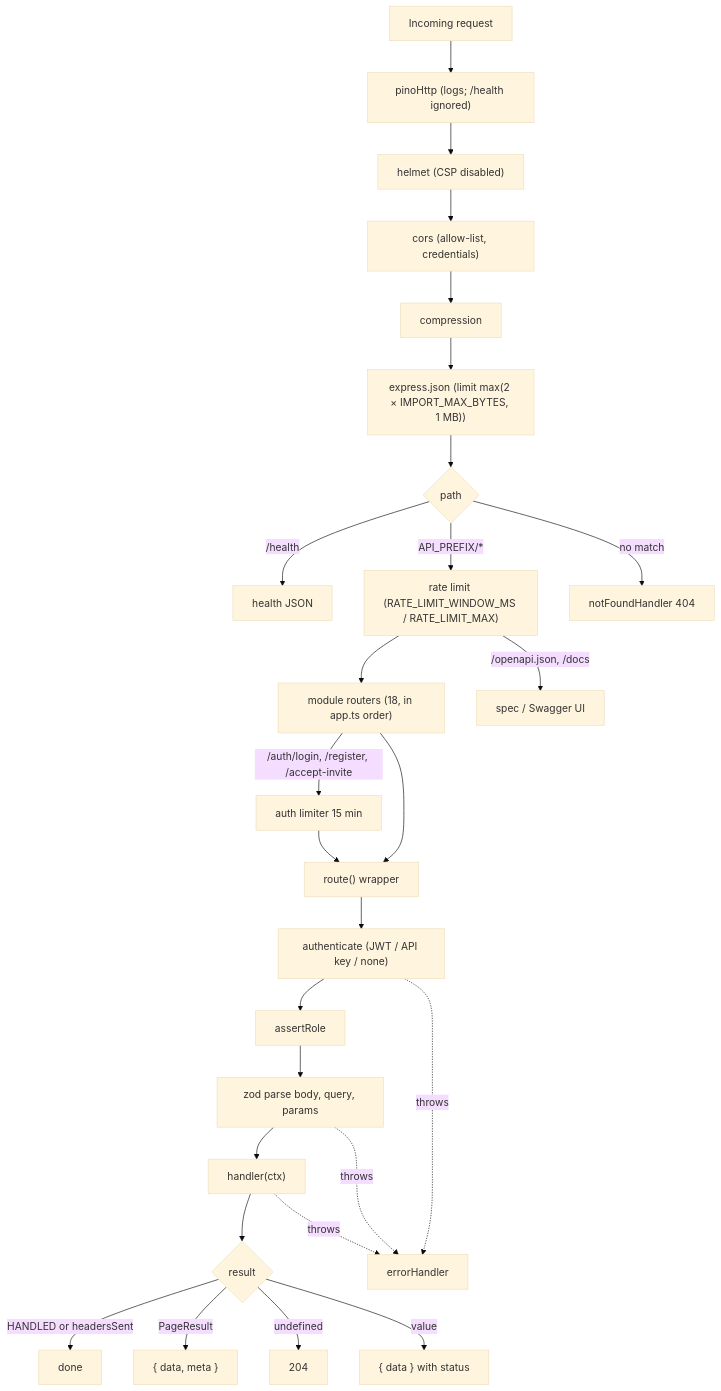
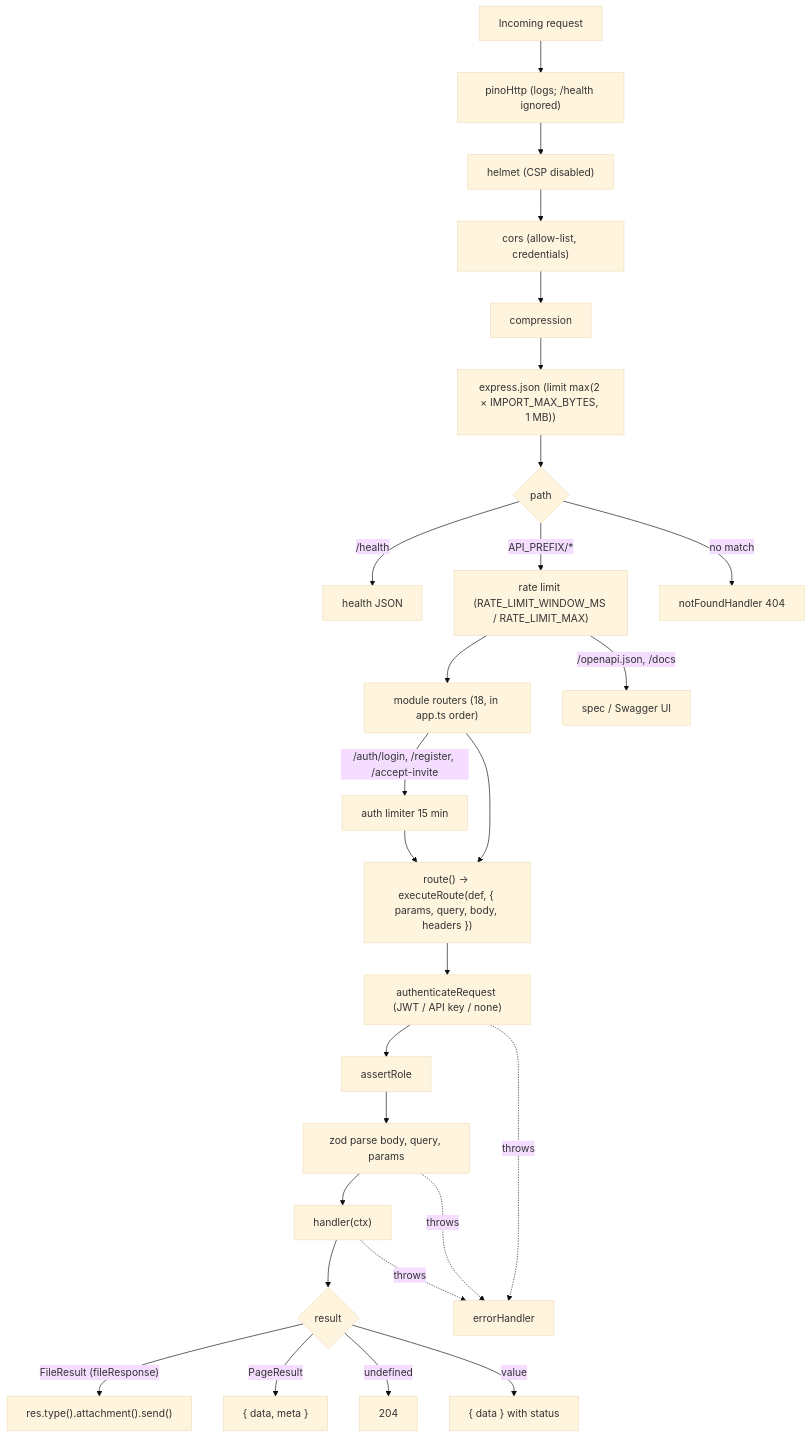
The diagram in content/docs/engineering/backend/request-lifecycle.mdx (adarsh-dev-hs/sell-easy-docs), drawn with Mermaid (base theme) before and after one commit. The commit also changed other lines of this file and 56 other files, not shown here.

````diff
--- a/content/docs/engineering/backend/request-lifecycle.mdx
+++ b/content/docs/engineering/backend/request-lifecycle.mdx
@@ -9,29 +9,29 @@
 ```mermaid
 flowchart TD
   A[Incoming request] --> B["pinoHttp (logs; /health ignored)"]
   B --> C["helmet (CSP disabled)"]
   C --> D["cors (allow-list, credentials)"]
   D --> E[compression]
   E --> F["express.json (limit max(2 × IMPORT_MAX_BYTES, 1 MB))"]
   F --> G{path}
   G -->|/health| H[health JSON]
   G -->|API_PREFIX/*| I["rate limit (RATE_LIMIT_WINDOW_MS / RATE_LIMIT_MAX)"]
   I --> J["module routers (18, in app.ts order)"]
   J -->|/auth/login, /register, /accept-invite| K[auth limiter 15 min]
   K --> L
-  J --> L["route() wrapper"]
-  L --> M["authenticate (JWT / API key / none)"]
+  J --> L["route() → executeRoute(def, { params, query, body, headers })"]
+  L --> M["authenticateRequest (JWT / API key / none)"]
   M --> N[assertRole]
   N --> O["zod parse body, query, params"]
   O --> P["handler(ctx)"]
   P --> Q{result}
-  Q -->|HANDLED or headersSent| R[done]
+  Q -->|"FileResult (fileResponse)"| R["res.type().attachment().send()"]
   Q -->|PageResult| S["{ data, meta }"]
   Q -->|undefined| T[204]
   Q -->|value| U["{ data } with status"]
   I -->|/openapi.json, /docs| V[spec / Swagger UI]
   G -->|no match| W["notFoundHandler 404"]
   M -. throws .-> X[errorHandler]
   O -. throws .-> X
   P -. throws .-> X
 ```
````
